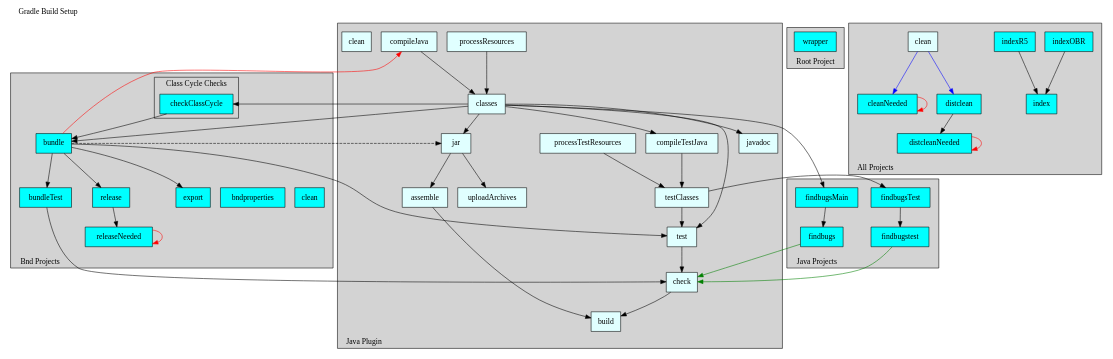
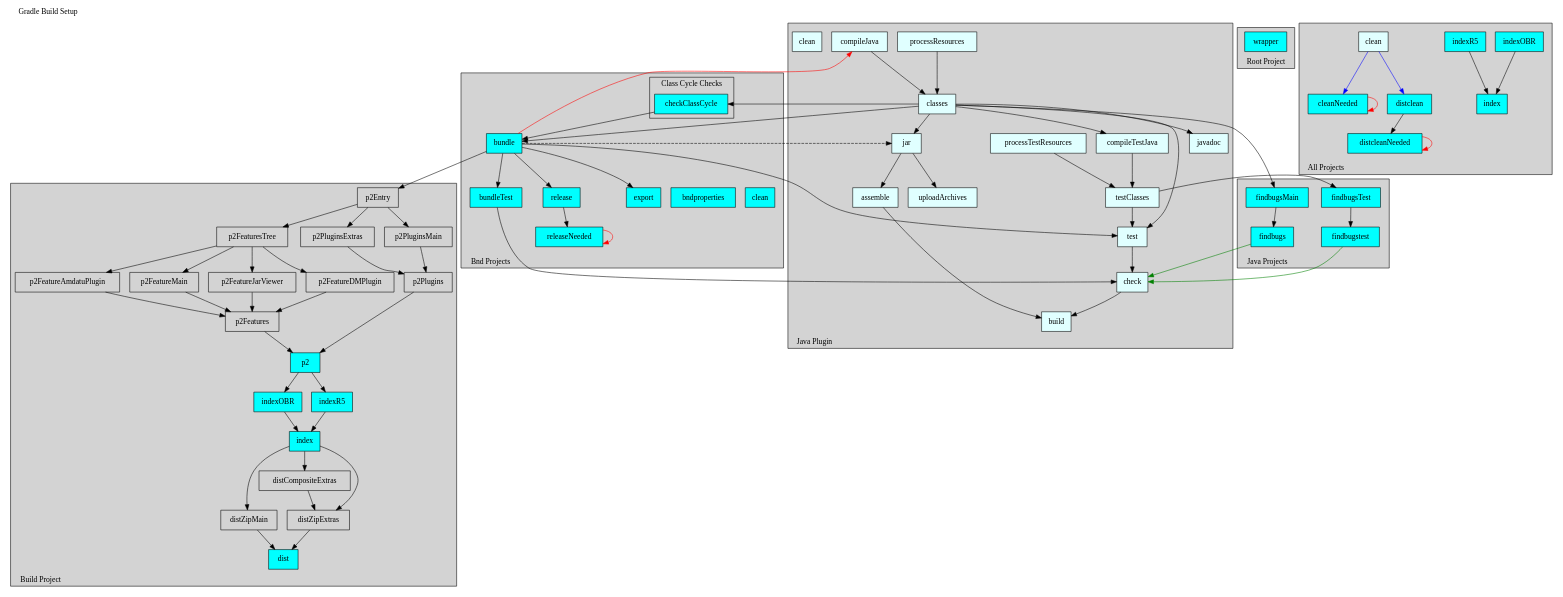
Before and after one commit to bndtools/bnd: the diagram in cnf/gradle/doc/bndtools.dot, drawn with Graphviz. The commit also changed 3 other files, not shown here.

```diff
--- a/cnf/gradle/doc/bndtools.dot
+++ b/cnf/gradle/doc/bndtools.dot
@@ -192,4 +192,69 @@
     distclean              -> distcleanNeeded
     distcleanNeeded        -> distcleanNeeded    [color=red   ]
   }
+
+  subgraph cluster7 {
+    label="Build Project";
+    labelloc=b
+    labeljust=l
+    style=filled;
+    fillcolor=lightgrey;
+    color=black;
+
+    p2Entry                [shape=box, style=filled , fillcolor=none     , label="p2Entry"              ]
+
+    p2FeaturesTree         [shape=box, style=filled, fillcolor=none      , label="p2FeaturesTree"       ]
+    p2FeatureMain          [shape=box, style=filled, fillcolor=none      , label="p2FeatureMain"        ]
+    p2FeatureJarViewer     [shape=box, style=filled, fillcolor=none      , label="p2FeatureJarViewer"   ]
+    p2FeatureDMPlugin      [shape=box, style=filled, fillcolor=none      , label="p2FeatureDMPlugin"    ]
+    p2FeatureAmdatuPlugin  [shape=box, style=filled, fillcolor=none      , label="p2FeatureAmdatuPlugin"]
+    p2Features             [shape=box, style=filled, fillcolor=none      , label="p2Features"           ]
+
+    p2PluginsMain          [shape=box, style=filled, fillcolor=none      , label="p2PluginsMain"        ]
+    p2PluginsExtras        [shape=box, style=filled, fillcolor=none      , label="p2PluginsExtras"      ]
+    p2Plugins              [shape=box, style=filled, fillcolor=none      , label="p2Plugins"            ]
+
+    p2                     [shape=box, style=filled, fillcolor=cyan      , label="p2"                   ]
+
+    indexOBRBuild          [shape=box, style=filled, fillcolor=cyan      , label="indexOBR"             ]
+    indexR5Build           [shape=box, style=filled, fillcolor=cyan      , label="indexR5"              ]
+    indexBuild             [shape=box, style=filled, fillcolor=cyan      , label="index"                ]
+
+    distZipMain            [shape=box, style=filled, fillcolor=none      , label="distZipMain"          ]
+    distCompositeExtras    [shape=box, style=filled, fillcolor=none      , label="distCompositeExtras"  ]
+    distZipExtras          [shape=box, style=filled, fillcolor=none      , label="distZipExtras"        ]
+    dist                   [shape=box, style=filled, fillcolor=cyan      , label="dist"                 ]
+
+    bundle                 -> p2Entry
+
+    p2Entry                -> p2FeaturesTree
+    p2FeaturesTree         -> p2FeatureMain
+    p2FeaturesTree         -> p2FeatureJarViewer
+    p2FeaturesTree         -> p2FeatureDMPlugin
+    p2FeaturesTree         -> p2FeatureAmdatuPlugin
+    p2FeatureMain          -> p2Features
+    p2FeatureJarViewer     -> p2Features
+    p2FeatureDMPlugin      -> p2Features
+    p2FeatureAmdatuPlugin  -> p2Features
+
+    p2Entry                -> p2PluginsMain
+    p2Entry                -> p2PluginsExtras
+    p2PluginsMain          -> p2Plugins
+    p2PluginsExtras        -> p2Plugins
+
+    p2Features             -> p2
+    p2Plugins              -> p2
+
+    p2                     -> indexOBRBuild
+    p2                     -> indexR5Build
+    indexOBRBuild          -> indexBuild
+    indexR5Build           -> indexBuild
+
+    indexBuild             -> distZipMain
+    indexBuild             -> distCompositeExtras
+    indexBuild             -> distZipExtras
+    distCompositeExtras    -> distZipExtras
+    distZipMain            -> dist
+    distZipExtras          -> dist
+  }
 }
```
